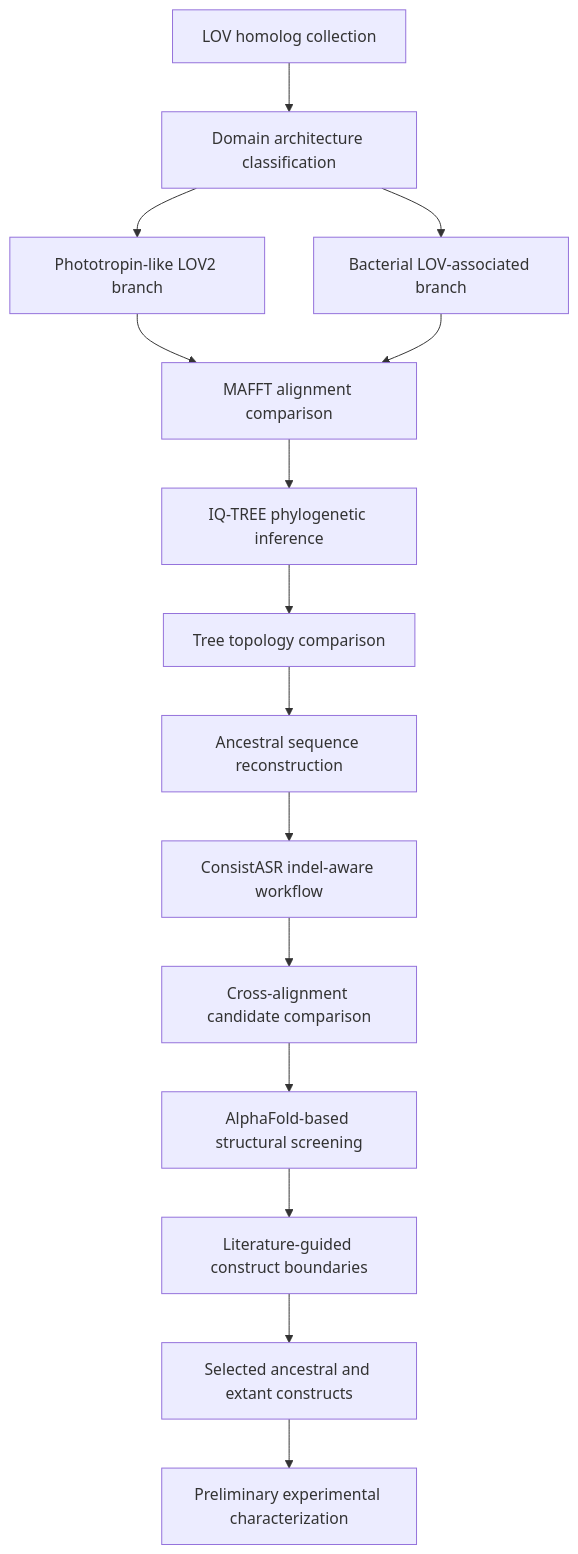
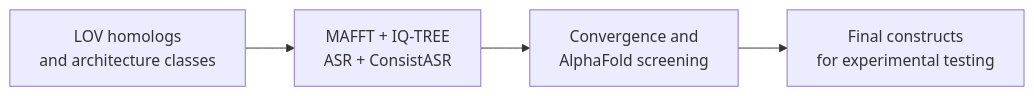
One commit to dol-git/LOV_ASR_project changed the diagram in README.md. Above: the diagram before and after it, drawn with Mermaid.

Commit message:
Shorten README workflow diagram

````diff
--- a/README.md
+++ b/README.md
@@ -79,17 +79,9 @@
 ```mermaid
-flowchart TD
-    A[LOV homolog collection] --> B[Domain architecture classification]
-    B --> C1[Phototropin-like LOV2 branch]
-    B --> C2[Bacterial LOV-associated branch]
-    C1 --> D[MAFFT alignment comparison]
-    C2 --> D
-    D --> E[IQ-TREE phylogenetic inference]
-    E --> F[Tree topology comparison]
-    F --> G[Ancestral sequence reconstruction]
-    G --> H[ConsistASR indel-aware workflow]
-    H --> I[Cross-alignment candidate comparison]
-    I --> J[AlphaFold-based structural screening]
-    J --> K[Literature-guided construct boundaries]
-    K --> L[Selected ancestral and extant constructs]
-    L --> M[Preliminary experimental characterization]
+flowchart LR
+    A[LOV homologs<br/>and architecture classes]
+    B[MAFFT + IQ-TREE<br/>ASR + ConsistASR]
+    C[Convergence and<br/>AlphaFold screening]
+    D[Final constructs<br/>for experimental testing]
+
+    A --> B --> C --> D
 ```
````
